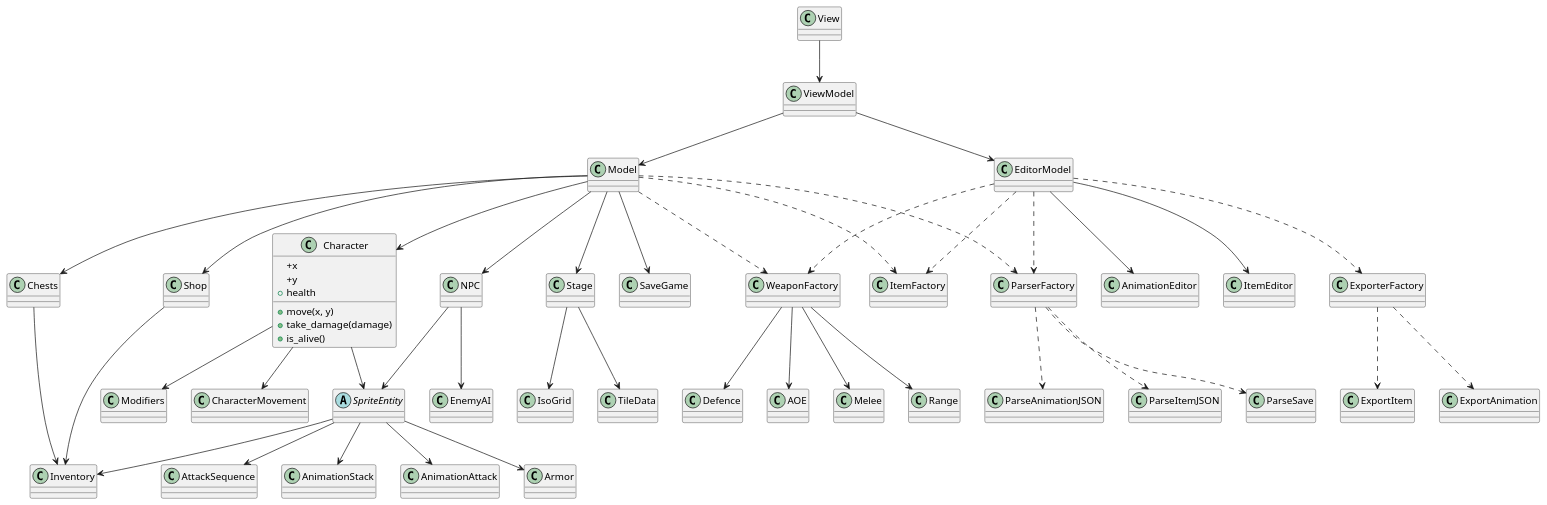
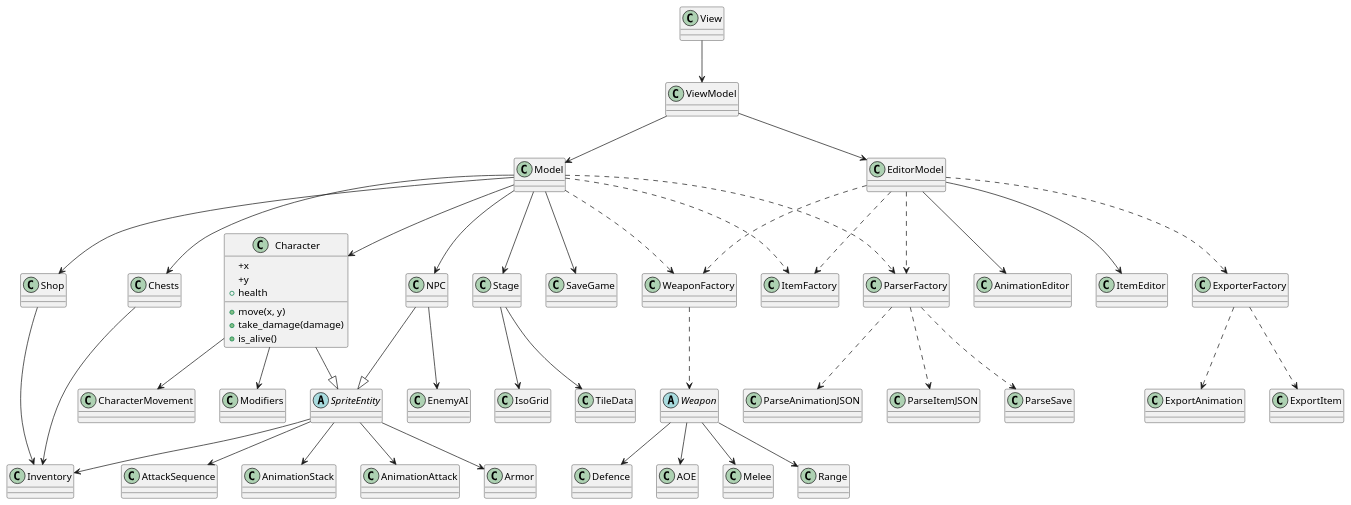
The diagram in Design/Class Diagram.puml (Uthjos/Project-Lapis-), drawn with PlantUML before and after one commit.

Commit message:
created Abstract Class for Weapon

```diff
--- a/Design/Class Diagram.puml
+++ b/Design/Class Diagram.puml
@@ -141,7 +141,13 @@
 
 }
 
-class ParseAnimationJSON
+class ParseAnimationJSON {
+
+}
+
+abstract class Weapon {
+
+}
 
 View --> ViewModel
 ViewModel --> Model
@@ -164,12 +170,12 @@
 Model --> Shop
 Model ..> ItemFactory
 
-Character --> SpriteEntity
+Character --|> SpriteEntity
 Character --> CharacterMovement
 Character --> Modifiers
 
 
-NPC --> SpriteEntity
+NPC --|> SpriteEntity
 NPC --> EnemyAI
 
 SpriteEntity --> AnimationAttack
@@ -186,10 +192,12 @@
 ExporterFactory ..> ExportItem
 ExporterFactory ..> ExportAnimation
 
-WeaponFactory --> Melee
-WeaponFactory --> Range
-WeaponFactory --> AOE
-WeaponFactory --> Defence
+WeaponFactory ..> Weapon
+
+Weapon --> Melee
+Weapon --> Range
+Weapon --> AOE
+Weapon --> Defence
 
 ParserFactory ..> ParseItemJSON
 ParserFactory ..> ParseAnimationJSON
```
